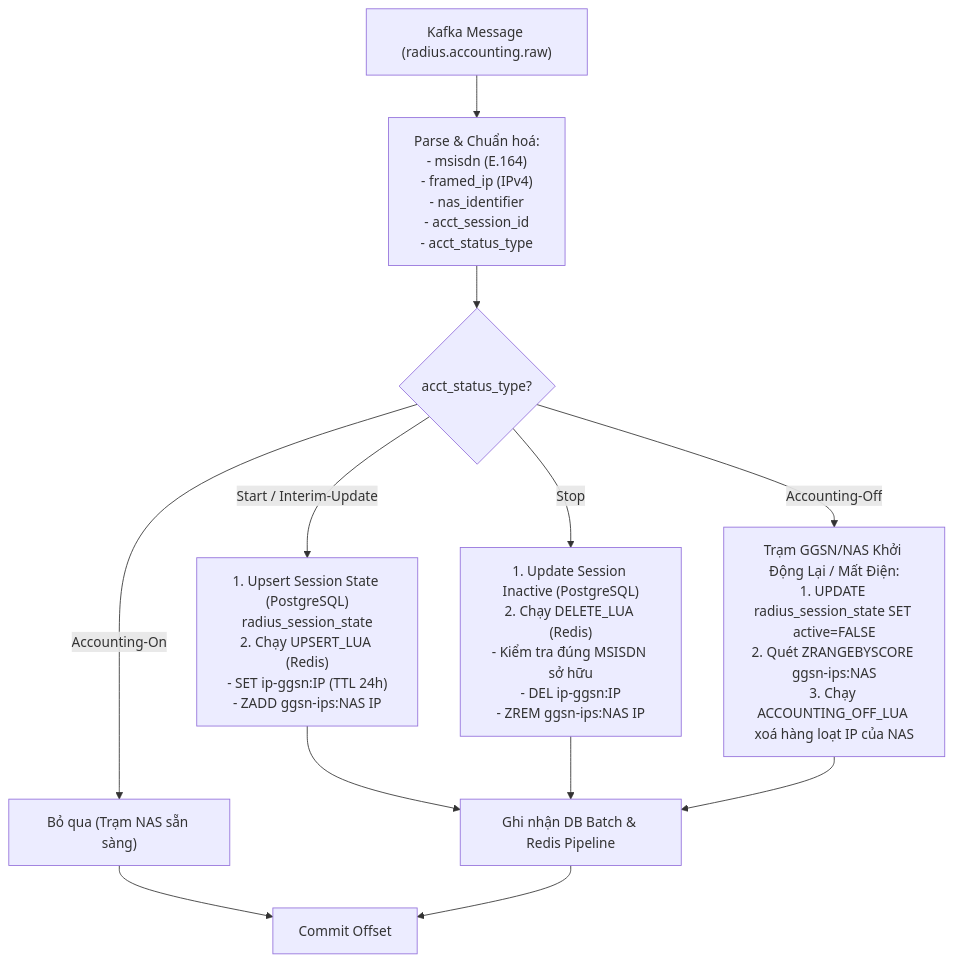
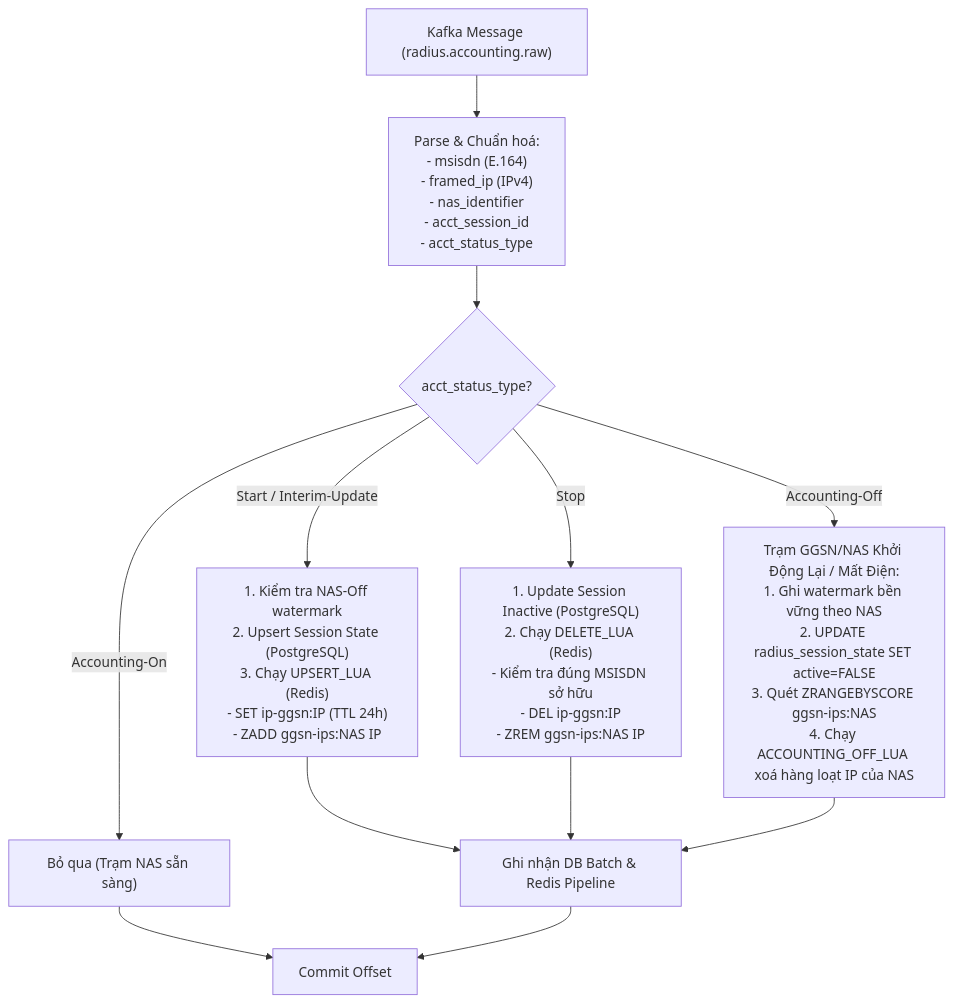
One commit to chuyenvanhust/camara-pipeline changed the diagram in pipeline/modules/ip_msisdn/README.md. Above: the diagram before and after it, drawn with Mermaid. The commit also changed other lines of this file and 30 other files, not shown here.

````diff
--- a/pipeline/modules/ip_msisdn/README.md
+++ b/pipeline/modules/ip_msisdn/README.md
@@ -9,24 +9,24 @@
 ```mermaid
 flowchart TD
     MSG["Kafka Message (radius.accounting.raw)"] --> PARSE["Parse & Chuẩn hoá:<br/>- msisdn (E.164)<br/>- framed_ip (IPv4)<br/>- nas_identifier<br/>- acct_session_id<br/>- acct_status_type"]
 
     PARSE --> TYPE_BRANCH{acct_status_type?}
 
     %% Start / Interim
-    TYPE_BRANCH -->|Start / Interim-Update| UPSERT_FLOW["1. Upsert Session State (PostgreSQL)<br/>radius_session_state<br/>2. Chạy UPSERT_LUA (Redis)<br/>- SET ip-ggsn:IP (TTL 24h)<br/>- ZADD ggsn-ips:NAS IP"]
+    TYPE_BRANCH -->|Start / Interim-Update| UPSERT_FLOW["1. Kiểm tra NAS-Off watermark<br/>2. Upsert Session State (PostgreSQL)<br/>3. Chạy UPSERT_LUA (Redis)<br/>- SET ip-ggsn:IP (TTL 24h)<br/>- ZADD ggsn-ips:NAS IP"]
     
     %% Stop
     TYPE_BRANCH -->|Stop| STOP_FLOW["1. Update Session Inactive (PostgreSQL)<br/>2. Chạy DELETE_LUA (Redis)<br/>- Kiểm tra đúng MSISDN sở hữu<br/>- DEL ip-ggsn:IP<br/>- ZREM ggsn-ips:NAS IP"]
 
     %% Accounting-Off
-    TYPE_BRANCH -->|Accounting-Off| ACCT_OFF_FLOW["Trạm GGSN/NAS Khởi Động Lại / Mất Điện:<br/>1. UPDATE radius_session_state SET active=FALSE<br/>2. Quét ZRANGEBYSCORE ggsn-ips:NAS<br/>3. Chạy ACCOUNTING_OFF_LUA xoá hàng loạt IP của NAS"]
+    TYPE_BRANCH -->|Accounting-Off| ACCT_OFF_FLOW["Trạm GGSN/NAS Khởi Động Lại / Mất Điện:<br/>1. Ghi watermark bền vững theo NAS<br/>2. UPDATE radius_session_state SET active=FALSE<br/>3. Quét ZRANGEBYSCORE ggsn-ips:NAS<br/>4. Chạy ACCOUNTING_OFF_LUA xoá hàng loạt IP của NAS"]
 
     %% Accounting-On
     TYPE_BRANCH -->|Accounting-On| IGNORE["Bỏ qua (Trạm NAS sẵn sàng)"]
 
     UPSERT_FLOW --> COMMIT_STAGE["Ghi nhận DB Batch & Redis Pipeline"]
     STOP_FLOW --> COMMIT_STAGE
     ACCT_OFF_FLOW --> COMMIT_STAGE
     IGNORE --> END_STAGE["Commit Offset"]
     COMMIT_STAGE --> END_STAGE
 ```
````
